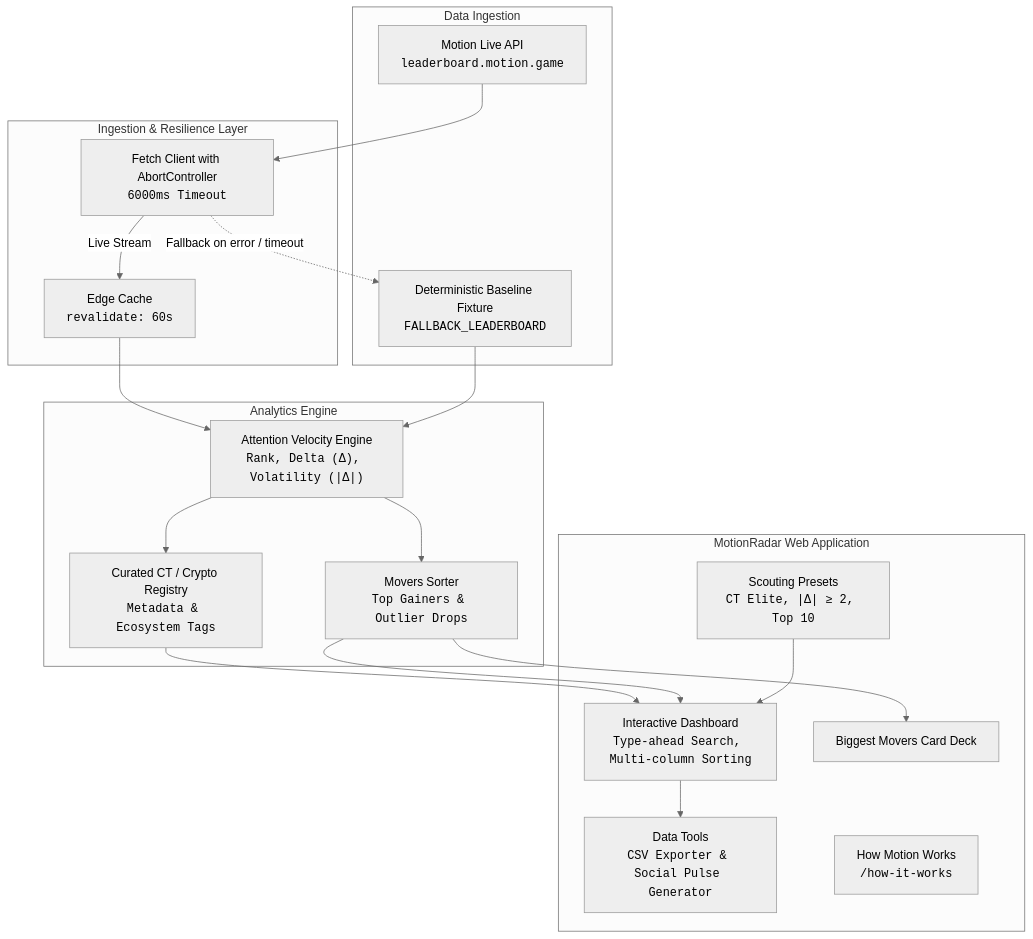
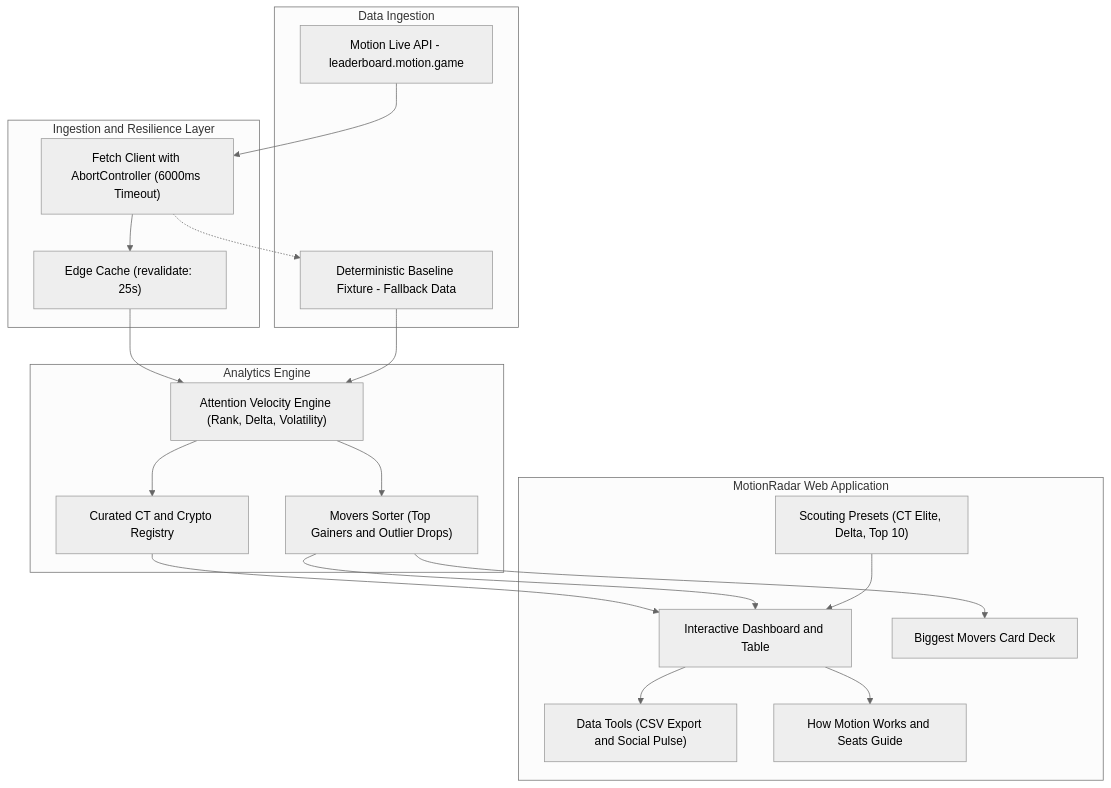
Before and after one commit to kellycryptos/MotionRadar: the diagram in README.md, drawn with Mermaid (neutral theme). The commit also changed other lines of this file, not shown here.

Commit message:
fix(docs): resolve GitHub rich display error by removing unescaped pipes, html tags in mermaid, and raw math delimiters

````diff
--- a/README.md
+++ b/README.md
@@ -83,39 +83,40 @@
 ```mermaid
 flowchart TD
     subgraph DataSources["Data Ingestion"]
-        API["Motion Live API<br/><code>leaderboard.motion.game</code>"]
-        Fixture["Deterministic Baseline Fixture<br/><code>FALLBACK_LEADERBOARD</code>"]
+        API["Motion Live API - leaderboard.motion.game"]
+        Fixture["Deterministic Baseline Fixture - Fallback Data"]
     end
 
-    subgraph Service["Ingestion & Resilience Layer"]
-        Fetch["Fetch Client with AbortController<br/><code>6000ms Timeout</code>"]
-        ISR["Edge Cache<br/><code>revalidate: 60s</code>"]
+    subgraph Service["Ingestion and Resilience Layer"]
+        Fetch["Fetch Client with AbortController (6000ms Timeout)"]
+        ISR["Edge Cache (revalidate: 25s)"]
     end
 
     subgraph Analytics["Analytics Engine"]
-        Velocity["Attention Velocity Engine<br/><code>Rank, Delta (Δ), Volatility (|Δ|)</code>"]
-        Movers["Movers Sorter<br/><code>Top Gainers & Outlier Drops</code>"]
-        CTRegistry["Curated CT / Crypto Registry<br/><code>Metadata & Ecosystem Tags</code>"]
+        Velocity["Attention Velocity Engine (Rank, Delta, Volatility)"]
+        Movers["Movers Sorter (Top Gainers and Outlier Drops)"]
+        CTRegistry["Curated CT and Crypto Registry"]
     end
 
     subgraph UI["MotionRadar Web Application"]
-        Dashboard["Interactive Dashboard<br/><code>Type-ahead Search, Multi-column Sorting</code>"]
+        Dashboard["Interactive Dashboard and Table"]
         Cards["Biggest Movers Card Deck"]
-        Presets["Scouting Presets<br/><code>CT Elite, |Δ| ≥ 2, Top 10</code>"]
-        Tools["Data Tools<br/><code>CSV Exporter & Social Pulse Generator</code>"]
-        Explainer["How Motion Works<br/><code>/how-it-works</code>"]
+        Presets["Scouting Presets (CT Elite, Delta, Top 10)"]
+        Tools["Data Tools (CSV Export and Social Pulse)"]
+        Explainer["How Motion Works and Seats Guide"]
     end
 
     API --> Fetch
-    Fetch -->|Live Stream| ISR
-    Fetch -.->|Fallback on error / timeout| Fixture
+    Fetch --> ISR
+    Fetch -.-> Fixture
     ISR --> Velocity
     Fixture --> Velocity
     Velocity --> Movers
     Velocity --> CTRegistry
     Movers --> Cards
     CTRegistry --> Dashboard
     Movers --> Dashboard
     Presets --> Dashboard
     Dashboard --> Tools
+    Dashboard --> Explainer
 ```
````
